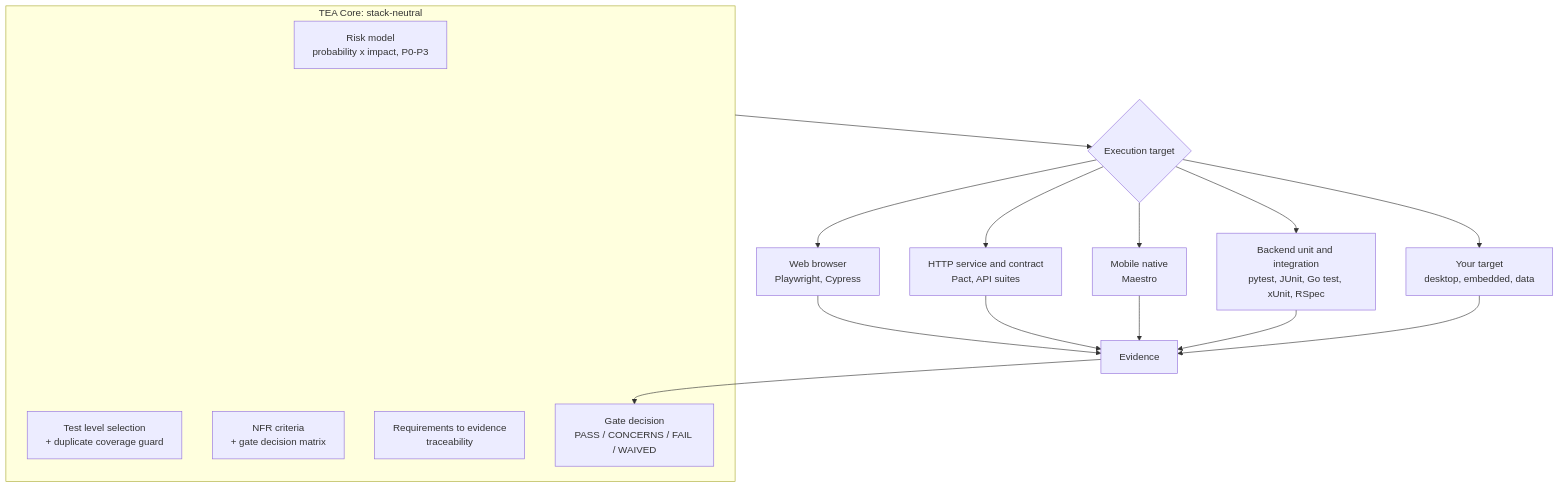
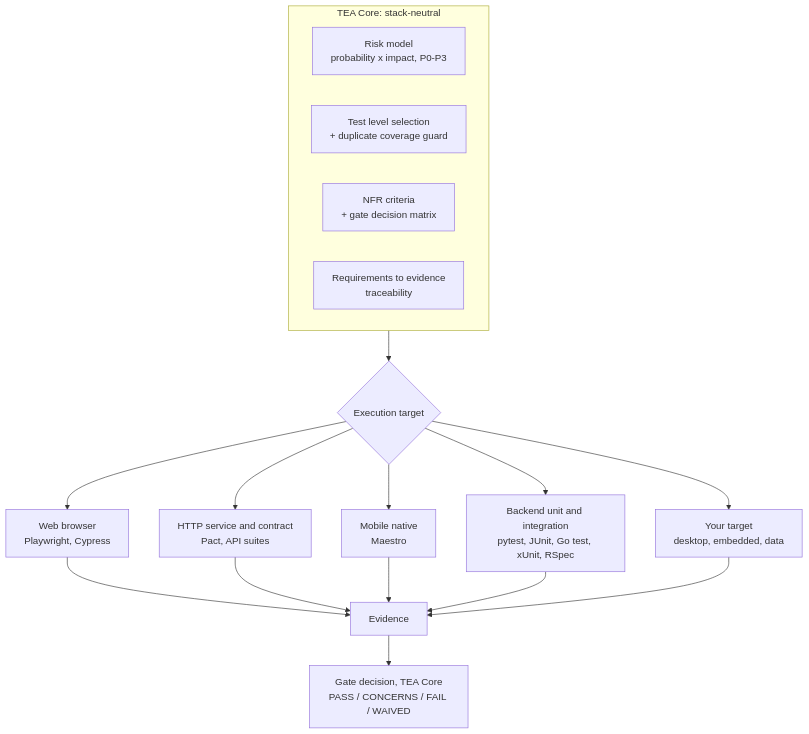
One commit to bmad-code-org/bmad-method-test-architecture-enterprise changed the diagram in docs/explanation/verification-architecture.md. Above: the diagram before and after it, drawn with Mermaid. The commit also changed 13 other files, not shown here.

First line of the commit message:
fix(docs): render mermaid diagrams and keep headroom in the llms bundle

````diff
--- a/docs/explanation/verification-architecture.md
+++ b/docs/explanation/verification-architecture.md
@@ -16,22 +16,21 @@
 ```mermaid
 flowchart TB
   subgraph CORE["TEA Core: stack-neutral"]
     R[Risk model<br/>probability x impact, P0-P3]
     L[Test level selection<br/>+ duplicate coverage guard]
     N[NFR criteria<br/>+ gate decision matrix]
     T[Requirements to evidence<br/>traceability]
-    G[Gate decision<br/>PASS / CONCERNS / FAIL / WAIVED]
   end
   CORE --> X{Execution target}
   X --> W[Web browser<br/>Playwright, Cypress]
   X --> A[HTTP service and contract<br/>Pact, API suites]
   X --> M[Mobile native<br/>Maestro]
   X --> B[Backend unit and integration<br/>pytest, JUnit, Go test, xUnit, RSpec]
   X --> O[Your target<br/>desktop, embedded, data]
   W --> E[Evidence]
   A --> E
   M --> E
   B --> E
   O --> E
-  E --> G
+  E --> G[Gate decision, TEA Core<br/>PASS / CONCERNS / FAIL / WAIVED]
 ```
````
